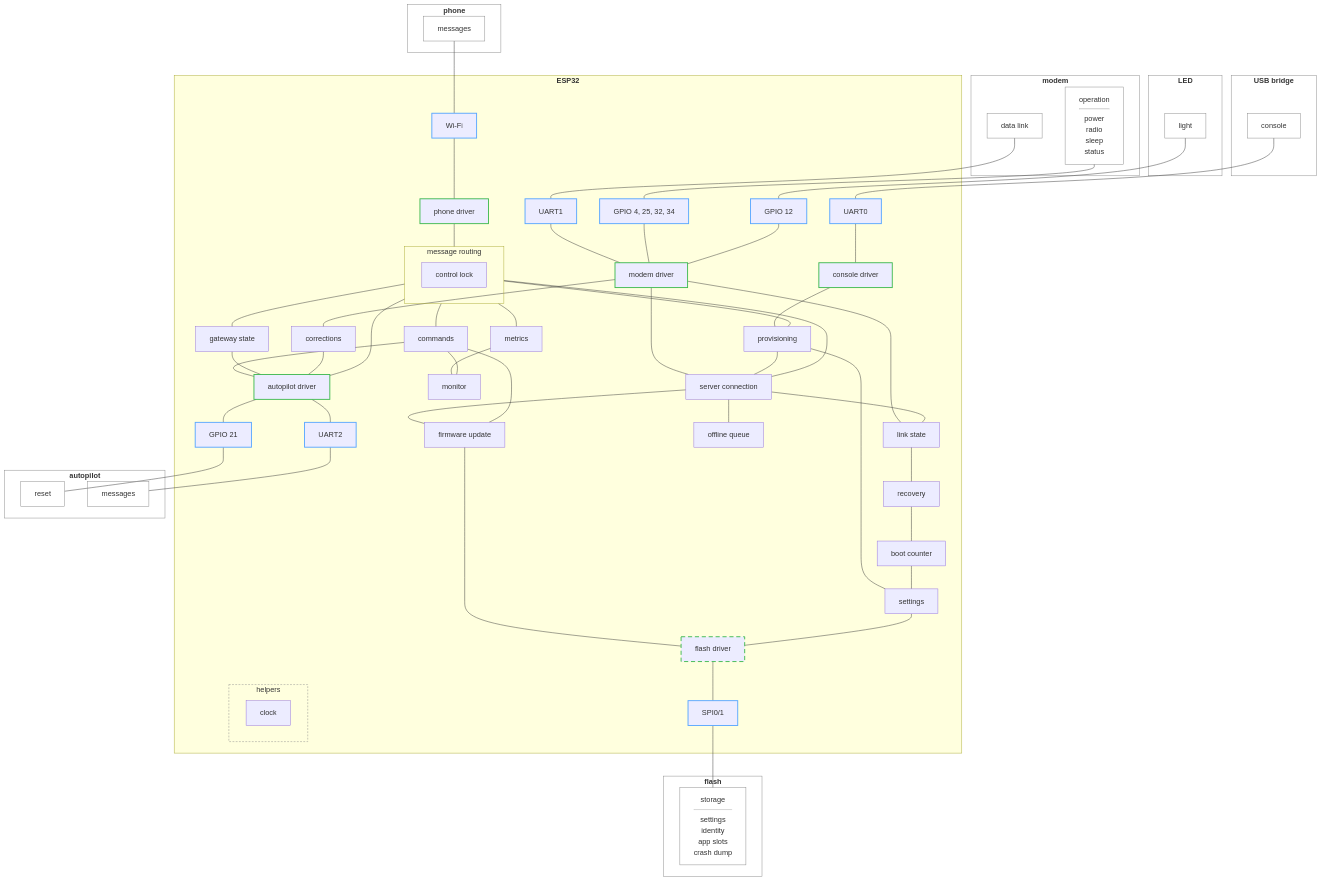
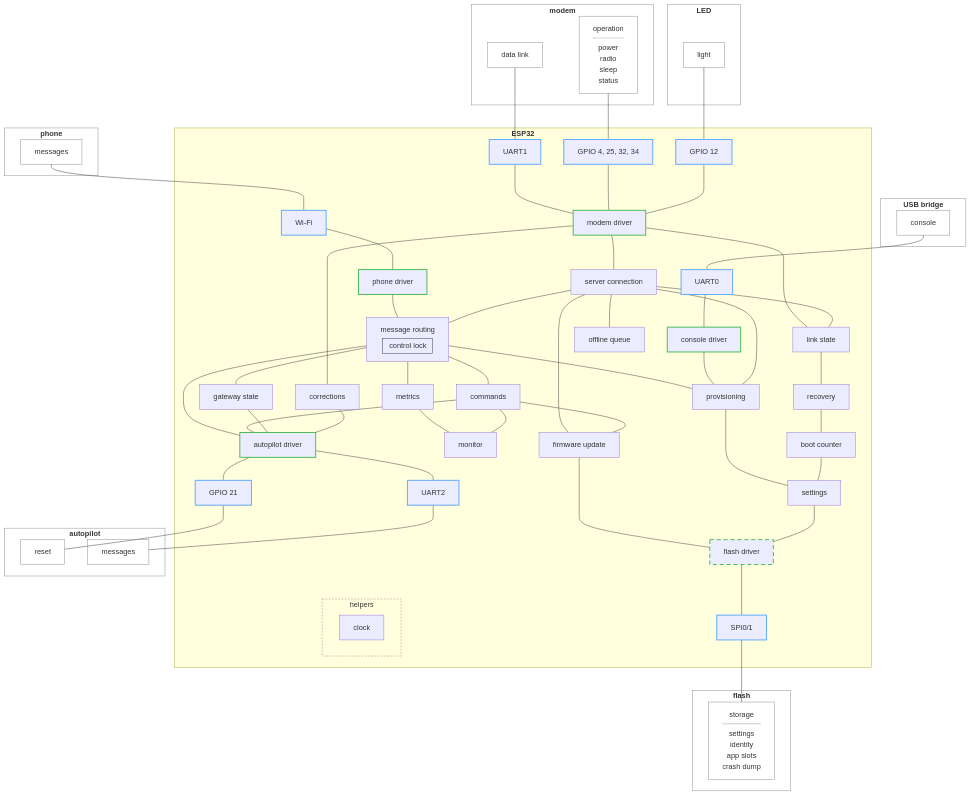
Before and after one commit to rmx-lt/rmx-mower-gateway: the diagram in .esp-architecture/diagrams/block-draft.md, drawn with Mermaid.

Commit message:
Draft: control lock as a block inside message routing

````diff
--- a/.esp-architecture/diagrams/block-draft.md
+++ b/.esp-architecture/diagrams/block-draft.md
@@ -29,9 +29,7 @@
     con["console driver"]
     ntrip["corrections"]
     mqtt["server connection"]
-    subgraph msg["message routing"]
-      lock["control lock"]
-    end
+    msg["message routing<div style='border:1px solid;margin:6px 4px 2px;padding:4px 8px'>control lock</div>"]
     prov["provisioning"]
     cmd["commands"]
     upd["firmware update"]
@@ -101,8 +99,6 @@
   class fs sysdriver
   classDef helpers fill:none,stroke:#888,stroke-dasharray:4 3
   class help helpers
-  classDef block fill:none
-  class msg block
   classDef device fill:none,stroke:#888
   class modem,mdata,mctl,led,lparts,ap,amsg,areset,ph,pparts,usb,uparts,fl,fparts device
 ```
````
